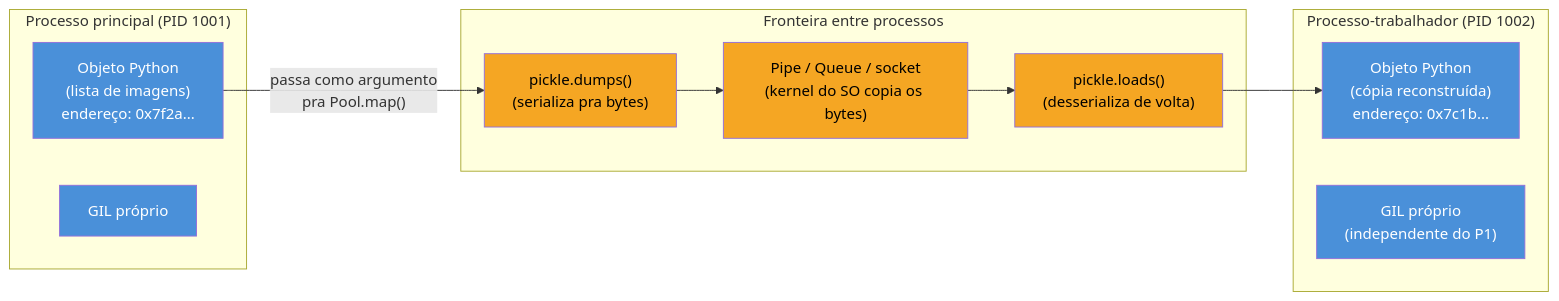
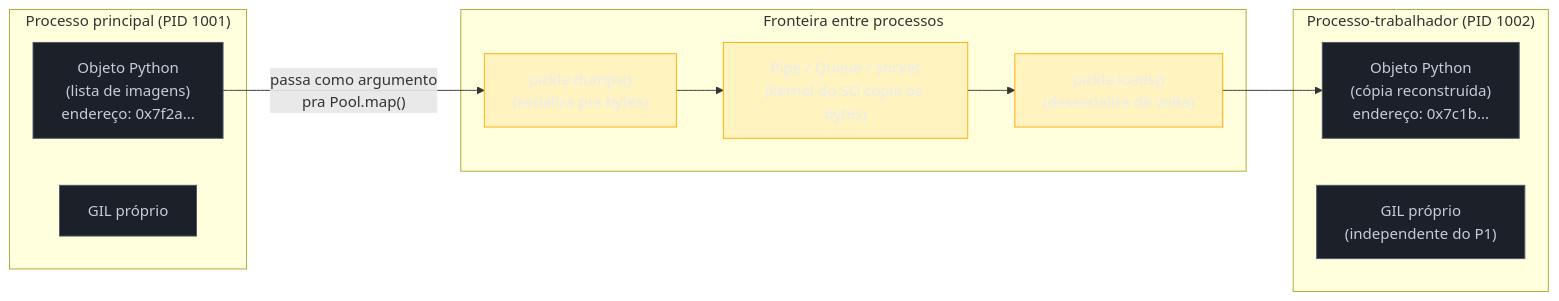
The first of 2 diagrams in 03-Dominios/Tecnologia/Python/CPython internals/05 - GIL e concorrência na prática — threading vs multiprocessing.md (josenaldo/codex-technomanticus), drawn with Mermaid before and after one commit. The commit also changed other lines of this file and 1181 other files, not shown here.

First line of the commit message:
fix(diagramas): paleta do sistema no lugar de cor cravada no markdown

````diff
--- a/03-Dominios/Tecnologia/Python/CPython internals/05 - GIL e concorrência na prática — threading vs multiprocessing.md
+++ b/03-Dominios/Tecnologia/Python/CPython internals/05 - GIL e concorrência na prática — threading vs multiprocessing.md
@@ -78,31 +78,33 @@
 ```mermaid
 flowchart LR
+    classDef neutro fill:#1B2029,stroke:#4E5666,color:#C6CCD8
+    classDef destaque fill:#FFAA0024,stroke:#FFAA00,color:#E9ECF2
     subgraph P1["Processo principal (PID 1001)"]
         Obj1["Objeto Python\n(lista de imagens)\nendereço: 0x7f2a..."]
         GIL1["GIL próprio"]
     end
 
     subgraph IPC["Fronteira entre processos"]
         Pickle["pickle.dumps()\n(serializa pra bytes)"]
         Transport["Pipe / Queue / socket\n(kernel do SO copia os bytes)"]
         Unpickle["pickle.loads()\n(desserializa de volta)"]
     end
 
     subgraph P2["Processo-trabalhador (PID 1002)"]
         Obj2["Objeto Python\n(cópia reconstruída)\nendereço: 0x7c1b..."]
         GIL2["GIL próprio\n(independente do P1)"]
     end
 
     Obj1 -->|"passa como argumento\npra Pool.map()"| Pickle
     Pickle --> Transport
     Transport --> Unpickle
     Unpickle --> Obj2
 
-    style Obj1 fill:#4A90D9,color:#fff
-    style GIL1 fill:#4A90D9,color:#fff
-    style Pickle fill:#F5A623,color:#000
-    style Transport fill:#F5A623,color:#000
-    style Unpickle fill:#F5A623,color:#000
-    style Obj2 fill:#4A90D9,color:#fff
-    style GIL2 fill:#4A90D9,color:#fff
+    class Obj1 neutro
+    class GIL1 neutro
+    class Pickle destaque
+    class Transport destaque
+    class Unpickle destaque
+    class Obj2 neutro
+    class GIL2 neutro
 ```
````
